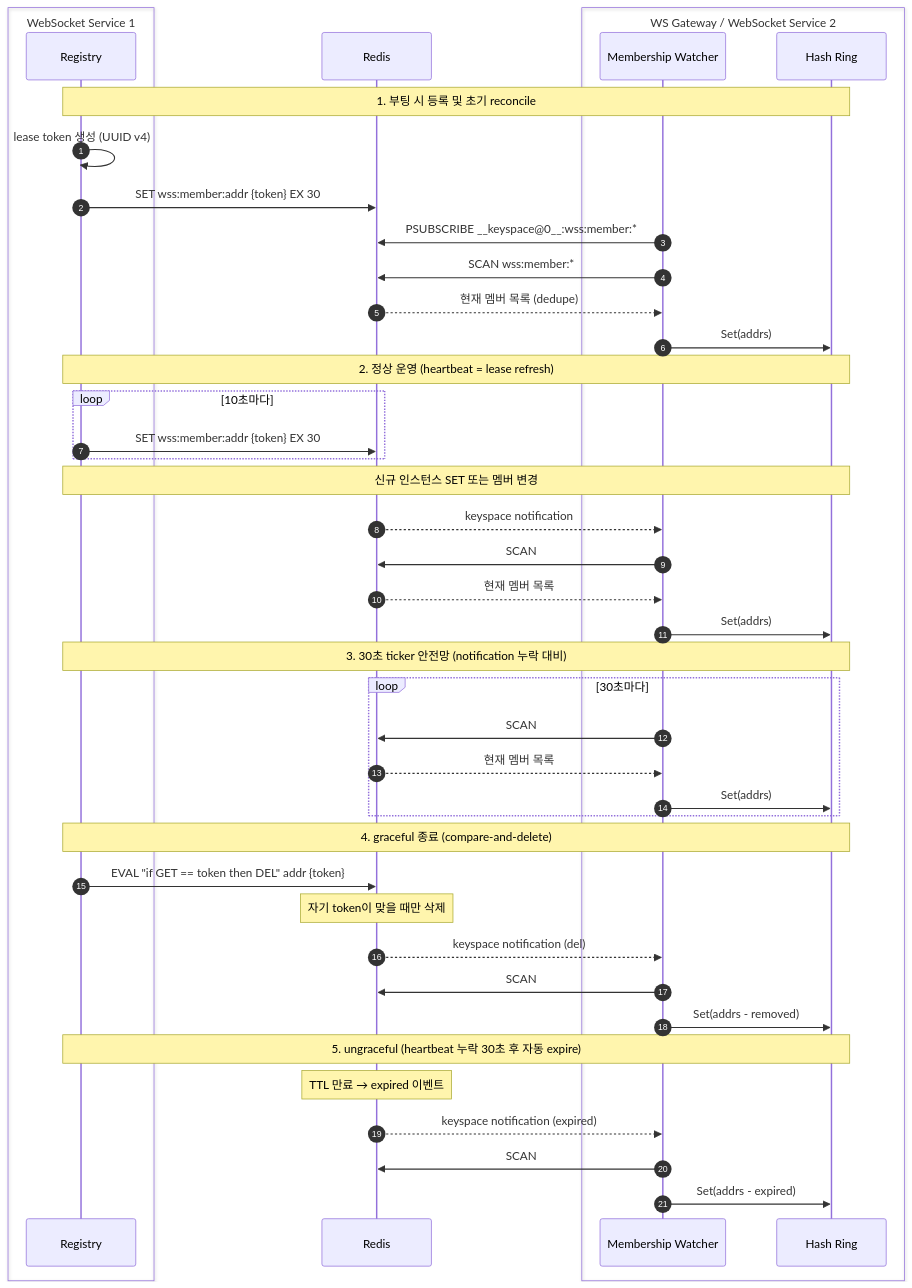
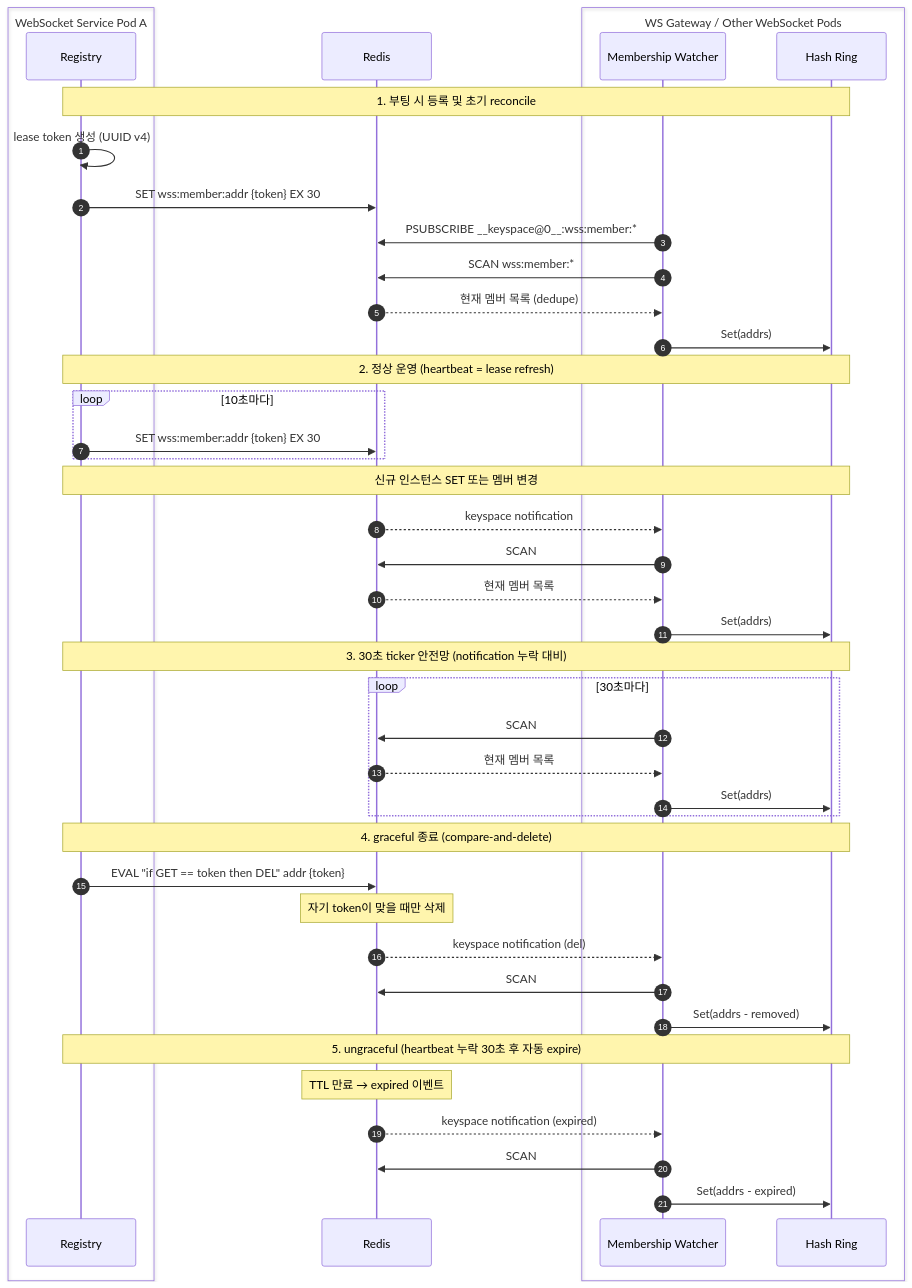
One commit to happyhun/go-chat-msa changed the diagram in docs/diagrams/seq-membership-sync.mmd. Above: the diagram before and after it, drawn with Mermaid. The commit also changed 10 other files, not shown here.

Commit message:
docs: k8s 이관 문서와 다이어그램 최신화

```diff
--- a/docs/diagrams/seq-membership-sync.mmd
+++ b/docs/diagrams/seq-membership-sync.mmd
@@ -1,52 +1,52 @@
 sequenceDiagram
     autonumber
 
-    box WebSocket Service 1
+    box WebSocket Service Pod A
         participant Reg1 as Registry
     end
 
     participant Redis as Redis
 
-    box WS Gateway / WebSocket Service 2
+    box WS Gateway / Other WebSocket Pods
         participant Watcher as Membership Watcher
         participant Ring as Hash Ring
     end
 
     Note over Reg1, Ring: 1. 부팅 시 등록 및 초기 reconcile
     Reg1->>Reg1: lease token 생성 (UUID v4)
     Reg1->>Redis: SET wss:member:addr {token} EX 30
     Watcher->>Redis: PSUBSCRIBE __keyspace@0__:wss:member:*
     Watcher->>Redis: SCAN wss:member:*
     Redis-->>Watcher: 현재 멤버 목록 (dedupe)
     Watcher->>Ring: Set(addrs)
 
     Note over Reg1, Ring: 2. 정상 운영 (heartbeat = lease refresh)
     loop 10초마다
         Reg1->>Redis: SET wss:member:addr {token} EX 30
     end
 
     Note over Reg1, Ring: 신규 인스턴스 SET 또는 멤버 변경
     Redis-->>Watcher: keyspace notification
     Watcher->>Redis: SCAN
     Redis-->>Watcher: 현재 멤버 목록
     Watcher->>Ring: Set(addrs)
 
     Note over Reg1, Ring: 3. 30초 ticker 안전망 (notification 누락 대비)
     loop 30초마다
         Watcher->>Redis: SCAN
         Redis-->>Watcher: 현재 멤버 목록
         Watcher->>Ring: Set(addrs)
     end
 
     Note over Reg1, Ring: 4. graceful 종료 (compare-and-delete)
     Reg1->>Redis: EVAL "if GET == token then DEL" addr {token}
     Note over Redis: 자기 token이 맞을 때만 삭제
     Redis-->>Watcher: keyspace notification (del)
     Watcher->>Redis: SCAN
     Watcher->>Ring: Set(addrs - removed)
 
     Note over Reg1, Ring: 5. ungraceful (heartbeat 누락 30초 후 자동 expire)
     Note over Redis: TTL 만료 → expired 이벤트
     Redis-->>Watcher: keyspace notification (expired)
     Watcher->>Redis: SCAN
     Watcher->>Ring: Set(addrs - expired)
```
